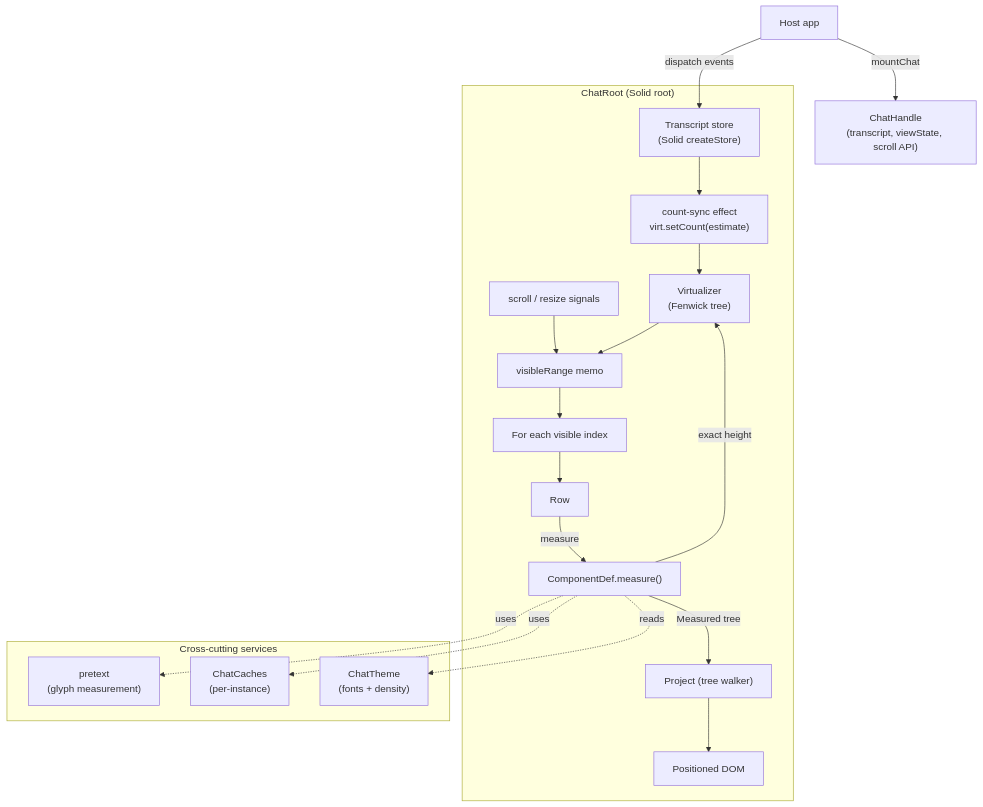
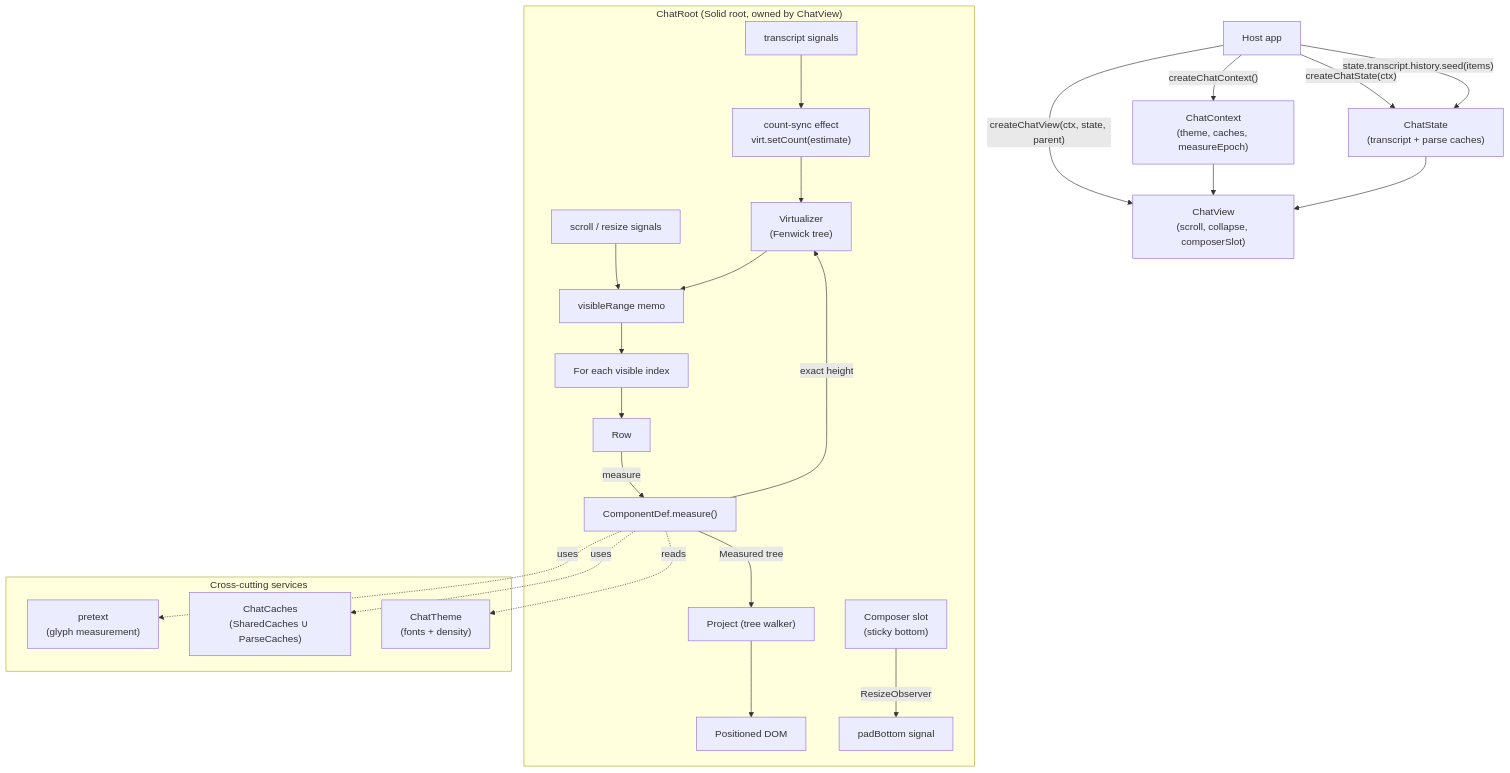
The first of 11 diagrams in packages/chat-ui/ARCHITECTURE.md (luisKisters/emdash), drawn with Mermaid before and after one commit. The commit also changed other lines of this file and 22 other files, not shown here.

````diff
--- a/packages/chat-ui/ARCHITECTURE.md
+++ b/packages/chat-ui/ARCHITECTURE.md
@@ -44,28 +54,34 @@
 ```mermaid
 flowchart TD
-  Host["Host app"] -->|mountChat| Handle["ChatHandle<br/>(transcript, viewState, scroll API)"]
-  Host -->|dispatch events| Store["Transcript store<br/>(Solid createStore)"]
+  Host["Host app"]
+  Host -->|"createChatContext()"| Ctx["ChatContext<br/>(theme, caches, measureEpoch)"]
+  Host -->|"createChatState(ctx)"| State["ChatState<br/>(transcript + parse caches)"]
+  Host -->|"createChatView(ctx, state, parent)"| View["ChatView<br/>(scroll, collapse, composerSlot)"]
+  Host -->|"state.transcript.history.seed(items)"| State
+  Ctx --> View
+  State --> View
 
-  subgraph Engine["ChatRoot (Solid root)"]
-    Store --> CountEffect["count-sync effect<br/>virt.setCount(estimate)"]
+  subgraph Engine["ChatRoot (Solid root, owned by ChatView)"]
+    Transcript["transcript signals"] --> CountEffect["count-sync effect<br/>virt.setCount(estimate)"]
     CountEffect --> Virt["Virtualizer<br/>(Fenwick tree)"]
     Scroll["scroll / resize signals"] --> VisRange["visibleRange memo"]
     Virt --> VisRange
     VisRange --> For["For each visible index"]
     For --> Row["Row"]
     Row -->|measure| Measure["ComponentDef.measure()"]
     Measure -->|"Measured tree"| Project["Project (tree walker)"]
     Measure -->|"exact height"| Virt
     Project --> DOM["Positioned DOM"]
+    Slot["Composer slot<br/>(sticky bottom)"] -->|ResizeObserver| PadBottom["padBottom signal"]
   end
 
   subgraph Support["Cross-cutting services"]
     Pretext["pretext<br/>(glyph measurement)"]
-    Caches["ChatCaches<br/>(per-instance)"]
+    Caches["ChatCaches<br/>(SharedCaches ∪ ParseCaches)"]
     Theme["ChatTheme<br/>(fonts + density)"]
   end
 
   Measure -.uses.-> Pretext
   Measure -.uses.-> Caches
   Measure -.reads.-> Theme
 ```
````
